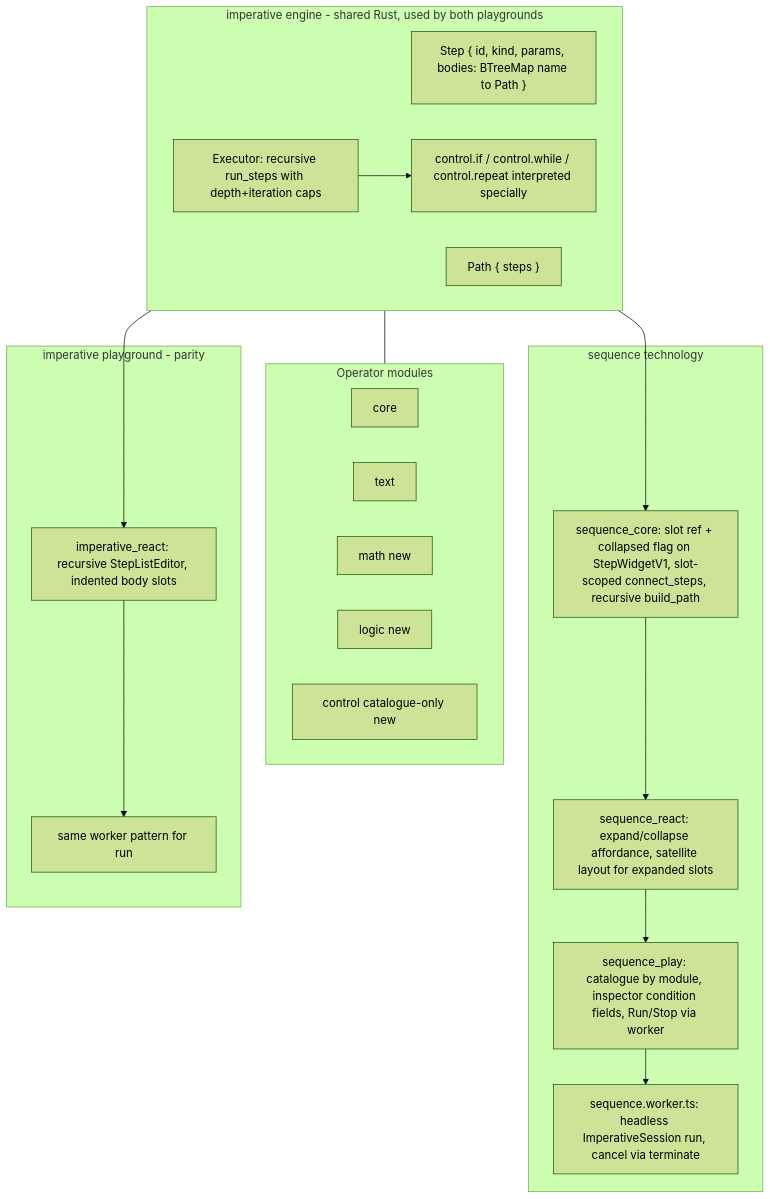
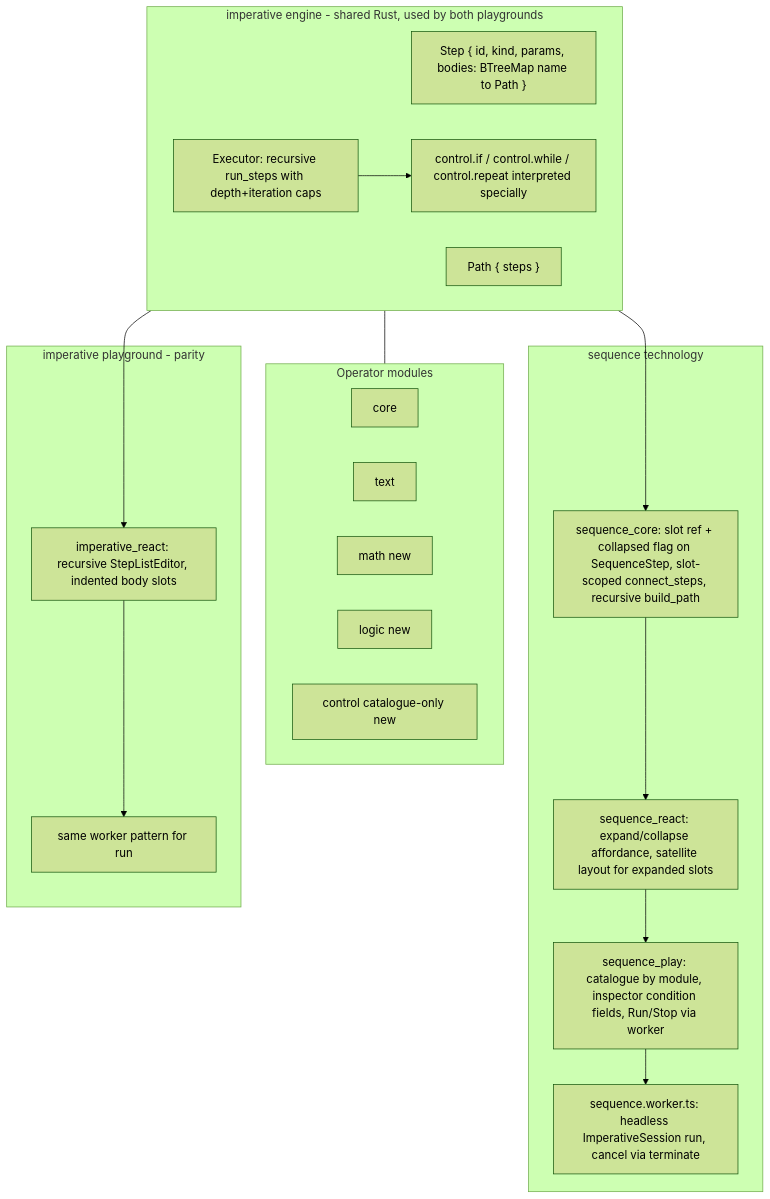
The diagram in .cursor/plans/sequence_control_flow_extensions_7470c2be.plan.md (usalu/semio), drawn with Mermaid (forest theme) before and after one commit. The commit also changed other lines of this file and 473 other files, not shown here.

````diff
--- a/.cursor/plans/sequence_control_flow_extensions_7470c2be.plan.md
+++ b/.cursor/plans/sequence_control_flow_extensions_7470c2be.plan.md
@@ -54,30 +54,30 @@
 ```mermaid
 flowchart TB
     subgraph engineLayer [imperative engine - shared Rust, used by both playgrounds]
         StepModel["Step { id, kind, params, bodies: BTreeMap name to Path }"]
         PathModel["Path { steps }"]
         ExecutorModel["Executor: recursive run_steps with depth+iteration caps"]
         ControlKinds["control.if / control.while / control.repeat interpreted specially"]
         ExecutorModel --> ControlKinds
     end
     subgraph moduleLayer [Operator modules]
         core[core]
         text[text]
         math[math new]
         logic[logic new]
         control[control catalogue-only new]
     end
     engineLayer --- moduleLayer
     subgraph sequenceTech [sequence technology]
-        SeqCore["sequence_core: slot ref + collapsed flag on StepWidgetV1, slot-scoped connect_steps, recursive build_path"]
+        SeqCore["sequence_core: slot ref + collapsed flag on SequenceStep, slot-scoped connect_steps, recursive build_path"]
         SeqCanvas["sequence_react: expand/collapse affordance, satellite layout for expanded slots"]
         SeqPlay["sequence_play: catalogue by module, inspector condition fields, Run/Stop via worker"]
         SeqWorker["sequence.worker.ts: headless ImperativeSession run, cancel via terminate"]
     end
     engineLayer --> SeqCore --> SeqCanvas --> SeqPlay --> SeqWorker
     subgraph imperativeTech [imperative playground - parity]
         ImpReact["imperative_react: recursive StepListEditor, indented body slots"]
         ImpWorker["same worker pattern for run"]
     end
     engineLayer --> ImpReact --> ImpWorker
 ```
````
